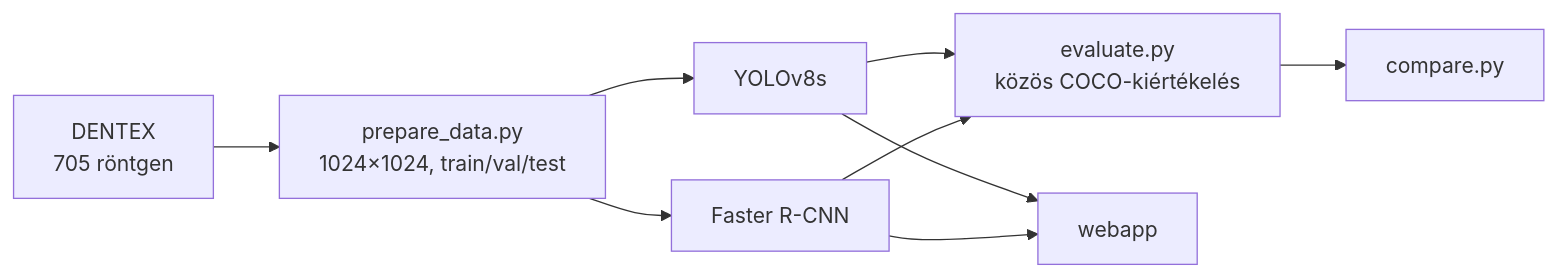
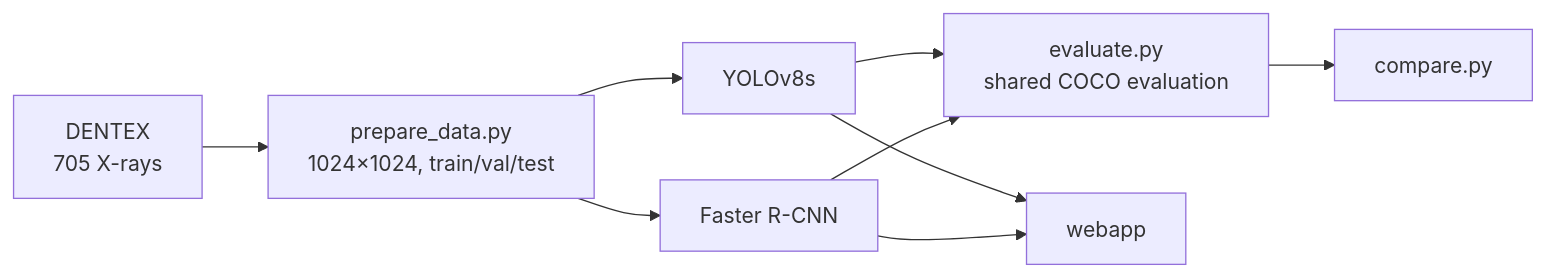
Before and after one commit to valentin-22-valentin/dental-xray-detection: the diagram in README.md, drawn with Mermaid. The commit also changed other lines of this file and 18 other files, not shown here.

````diff
--- a/README.md
+++ b/README.md
@@ -62,9 +66,9 @@
 ```mermaid
 flowchart LR
-    A[DENTEX<br/>705 röntgen] --> B[prepare_data.py<br/>1024×1024, train/val/test]
+    A[DENTEX<br/>705 X-rays] --> B[prepare_data.py<br/>1024×1024, train/val/test]
     B --> C1[YOLOv8s]
     B --> C2[Faster R-CNN]
-    C1 & C2 --> D[evaluate.py<br/>közös COCO-kiértékelés]
+    C1 & C2 --> D[evaluate.py<br/>shared COCO evaluation]
     D --> E[compare.py]
     C1 & C2 --> F[webapp]
 ```
````
